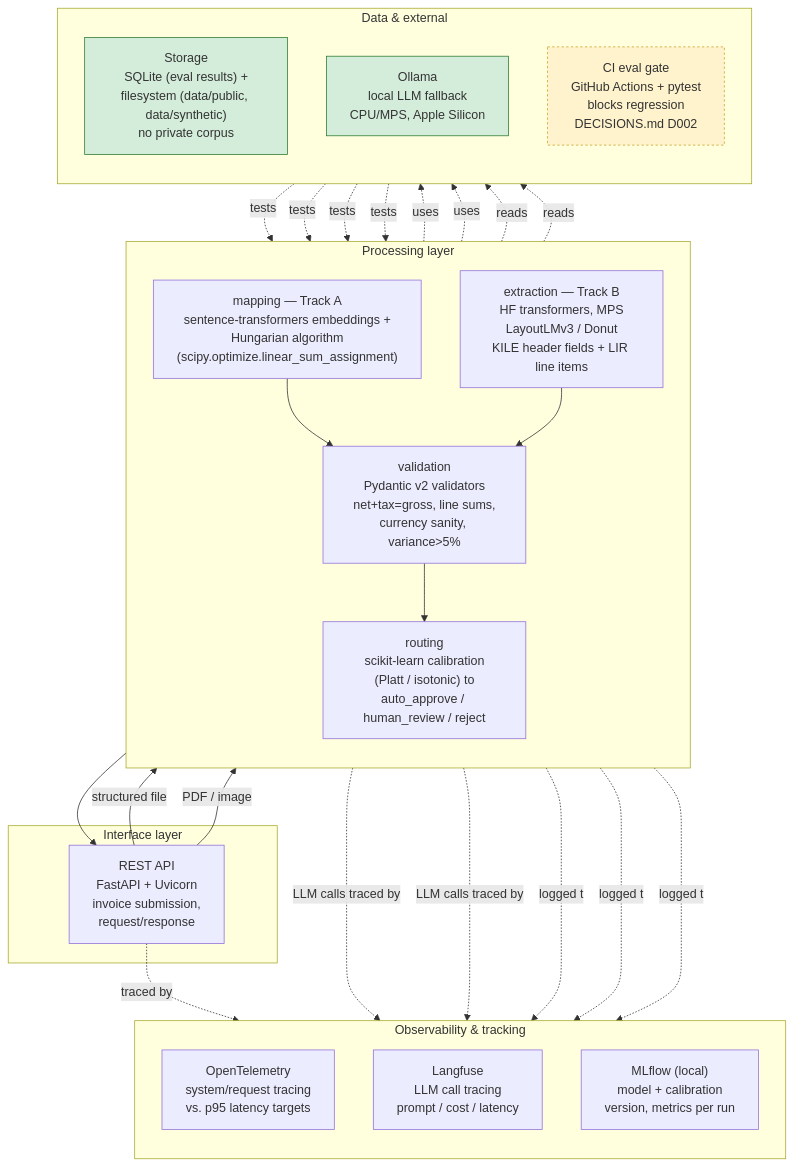
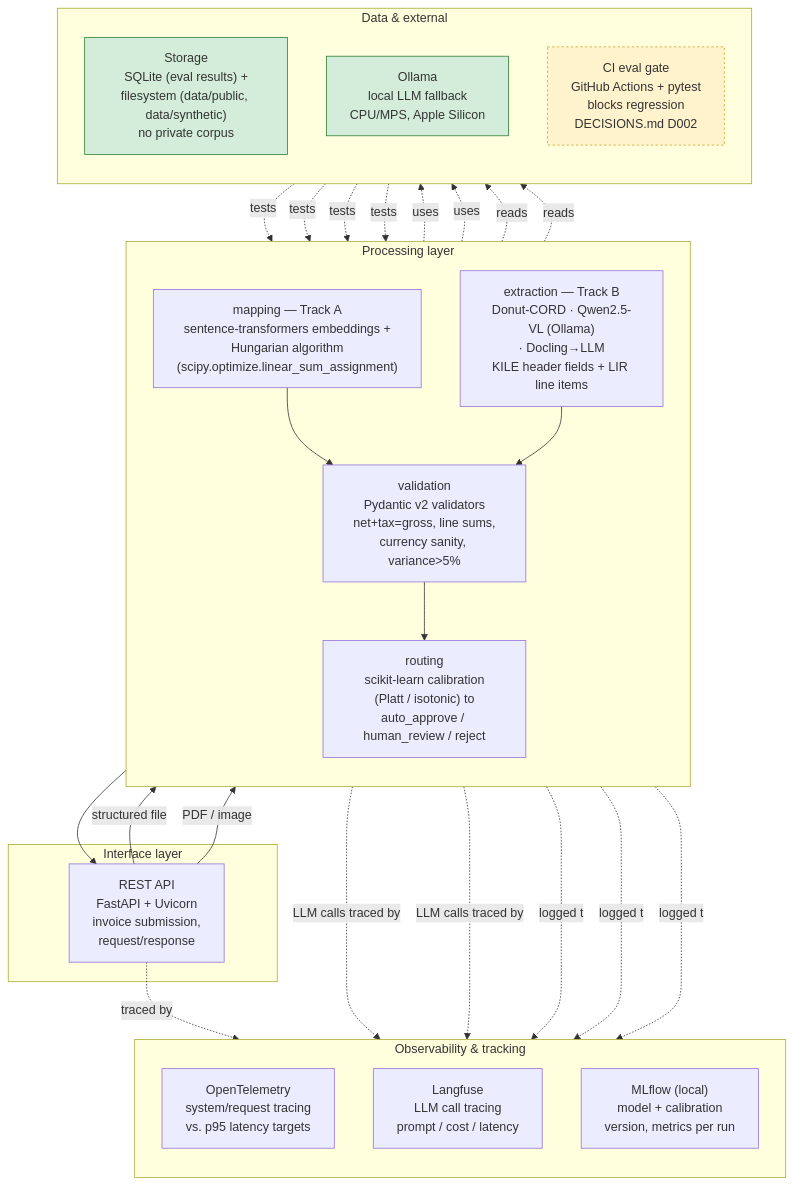
Before and after one commit to SaidIbenariba/invoiceops: the diagram in docs/architecture/system-architecture.md, drawn with Mermaid. The commit also changed other lines of this file and 3 other files, not shown here.

First line of the commit message:
docs: sync architecture diagrams with amended D006/D009

````diff
--- a/docs/architecture/system-architecture.md
+++ b/docs/architecture/system-architecture.md
@@ -5,55 +5,55 @@
 ```mermaid
 flowchart TD
     subgraph IFACE["Interface layer"]
         API["REST API<br/>FastAPI + Uvicorn<br/>invoice submission,<br/>request/response"]
     end
 
     subgraph PROC["Processing layer"]
         direction TB
         MAP["mapping — Track A<br/>sentence-transformers embeddings +<br/>Hungarian algorithm<br/>(scipy.optimize.linear_sum_assignment)"]
-        EXTRACT["extraction — Track B<br/>HF transformers, MPS<br/>LayoutLMv3 / Donut<br/>KILE header fields + LIR line items"]
+        EXTRACT["extraction — Track B<br/>Donut-CORD · Qwen2.5-VL (Ollama)<br/>· Docling→LLM<br/>KILE header fields + LIR line items"]
         VALID["validation<br/>Pydantic v2 validators<br/>net+tax=gross, line sums,<br/>currency sanity, variance&gt;5%"]
         ROUTE["routing<br/>scikit-learn calibration<br/>(Platt / isotonic) to<br/>auto_approve / human_review / reject"]
     end
 
     subgraph OBS["Observability &amp; tracking"]
         direction TB
         OTEL["OpenTelemetry<br/>system/request tracing<br/>vs. p95 latency targets"]
         LANGFUSE["Langfuse<br/>LLM call tracing<br/>prompt / cost / latency"]
         MLFLOW["MLflow (local)<br/>model + calibration<br/>version, metrics per run"]
     end
 
     subgraph DATAEXT["Data &amp; external"]
         direction TB
         STORE["Storage<br/>SQLite (eval results) +<br/>filesystem (data/public, data/synthetic)<br/>no private corpus"]
         OLLAMA["Ollama<br/>local LLM fallback<br/>CPU/MPS, Apple Silicon"]
         CI["CI eval gate<br/>GitHub Actions + pytest<br/>blocks regression<br/>DECISIONS.md D002"]
     end
 
     API -->|structured file| MAP
     API -->|PDF / image| EXTRACT
     MAP --> VALID
     EXTRACT --> VALID
     VALID --> ROUTE
     ROUTE --> API
 
     MAP -.uses.-> OLLAMA
     EXTRACT -.uses.-> OLLAMA
     MAP -.reads.-> STORE
     EXTRACT -.reads.-> STORE
     CI -.tests.-> MAP
     CI -.tests.-> EXTRACT
     CI -.tests.-> VALID
     CI -.tests.-> ROUTE
 
     API -.traced by.-> OTEL
     MAP -.LLM calls traced by.-> LANGFUSE
     EXTRACT -.LLM calls traced by.-> LANGFUSE
     MAP -.logged to.-> MLFLOW
     EXTRACT -.logged to.-> MLFLOW
     ROUTE -.logged to.-> MLFLOW
 
     style CI fill:#fff3cd,stroke:#c9a227,stroke-dasharray: 3 3
     style STORE fill:#d4edda,stroke:#2e7d32
     style OLLAMA fill:#d4edda,stroke:#2e7d32
 ```
````
